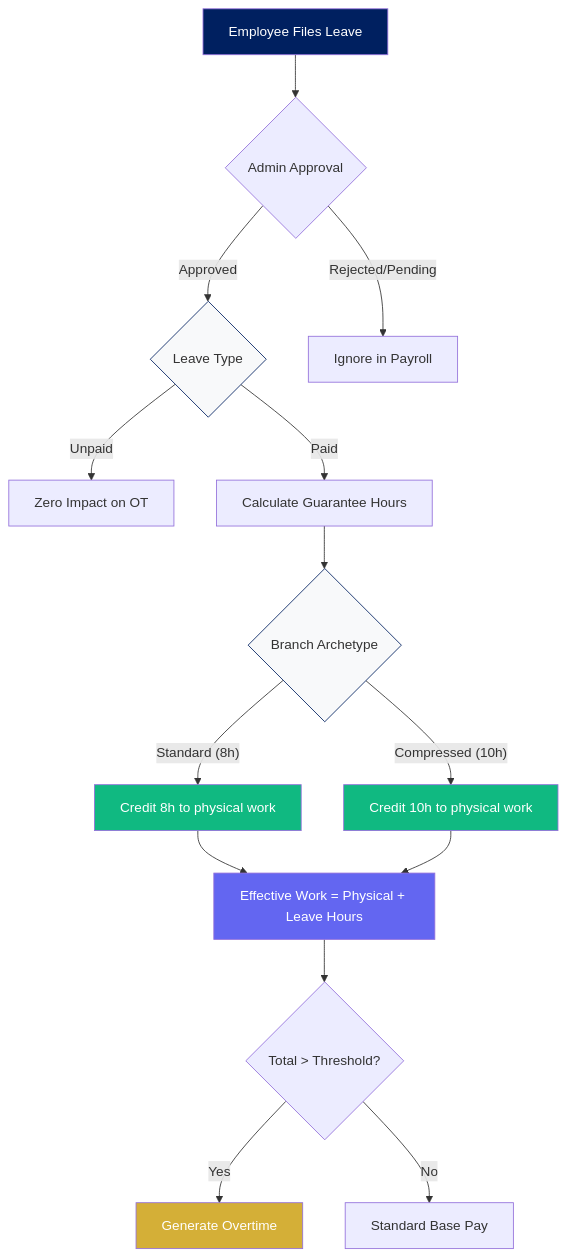
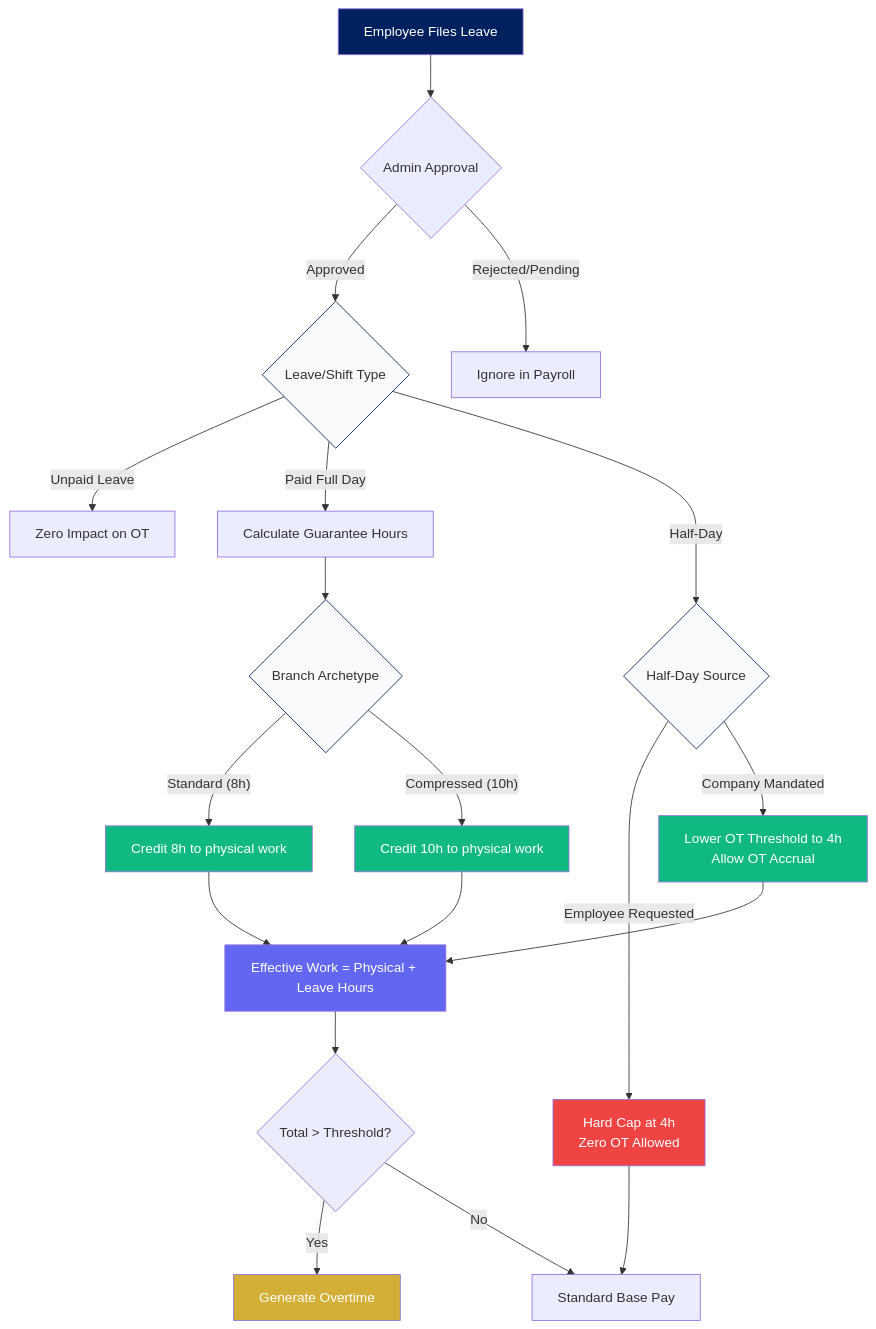
One commit to binssente-crypto/PAYROLL-DOCUMENTATION changed the ninth of 16 diagrams in README.md. Above: the diagram before and after it, drawn with Mermaid. The commit also changed other lines of this file, not shown here.

Commit message:
Revise leave management flowchart and compliance details
Updated flowchart for leave management to clarify leave types and added details on half-day overtime compliance.

````diff
--- a/README.md
+++ b/README.md
@@ -298,28 +298,38 @@
 ```mermaid
 flowchart TD
     FILE[Employee Files Leave] --> APPROVAL{Admin Approval}
-    APPROVAL -- "Approved" --> TYPE{Leave Type}
+    APPROVAL -- "Approved" --> TYPE{Leave/Shift Type}
     APPROVAL -- "Rejected/Pending" --> IGNORE[Ignore in Payroll]
     
-    TYPE -- "Unpaid" --> NO_OT[Zero Impact on OT]
-    TYPE -- "Paid" --> HOURS[Calculate Guarantee Hours]
+    TYPE -- "Unpaid Leave" --> NO_OT[Zero Impact on OT]
+    TYPE -- "Paid Full Day" --> HOURS[Calculate Guarantee Hours]
+    TYPE -- "Half-Day" --> HALF{Half-Day Source}
     
     HOURS --> ARCH{Branch Archetype}
     ARCH -- "Standard (8h)" --> CRED_8[Credit 8h to physical work]
     ARCH -- "Compressed (10h)" --> CRED_10[Credit 10h to physical work]
     
     CRED_8 --> CALC[Effective Work = Physical + Leave Hours]
     CRED_10 --> CALC
     
+    HALF -- "Employee Requested" --> CAP[Hard Cap at 4h\nZero OT Allowed]
+    HALF -- "Company Mandated" --> LOWER[Lower OT Threshold to 4h\nAllow OT Accrual]
+    
+    LOWER --> CALC
+    CAP --> BASE[Standard Base Pay]
+
     CALC --> OT_THRESH{Total > Threshold?}
     OT_THRESH -- "Yes" --> OT_GEN[Generate Overtime]
-    OT_THRESH -- "No" --> BASE[Standard Base Pay]
+    OT_THRESH -- "No" --> BASE
 
     style FILE fill:#002060,color:#fff
     style TYPE fill:#f8f9fa,stroke:#002060
     style ARCH fill:#f8f9fa,stroke:#002060
+    style HALF fill:#f8f9fa,stroke:#002060
+    style CAP fill:#ef4444,color:#fff
+    style LOWER fill:#10b981,color:#fff
     style CRED_8 fill:#10b981,color:#fff
     style CRED_10 fill:#10b981,color:#fff
     style CALC fill:#6366f1,color:#fff
     style OT_GEN fill:#D4AF37,color:#fff
 ```
````
